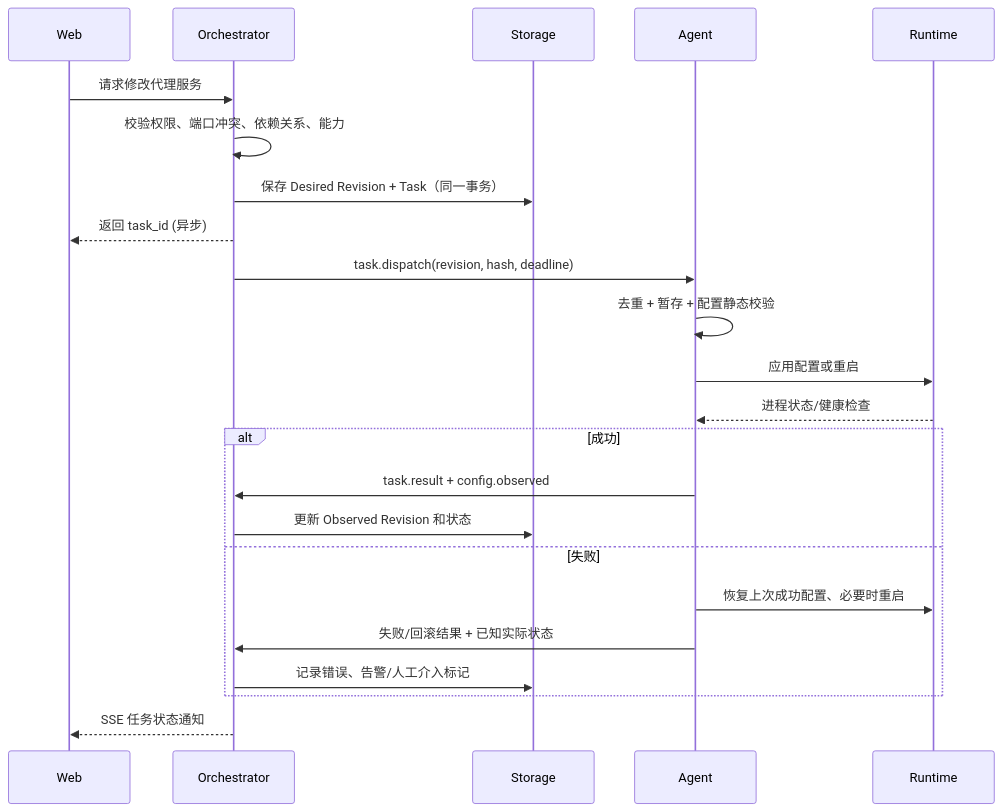
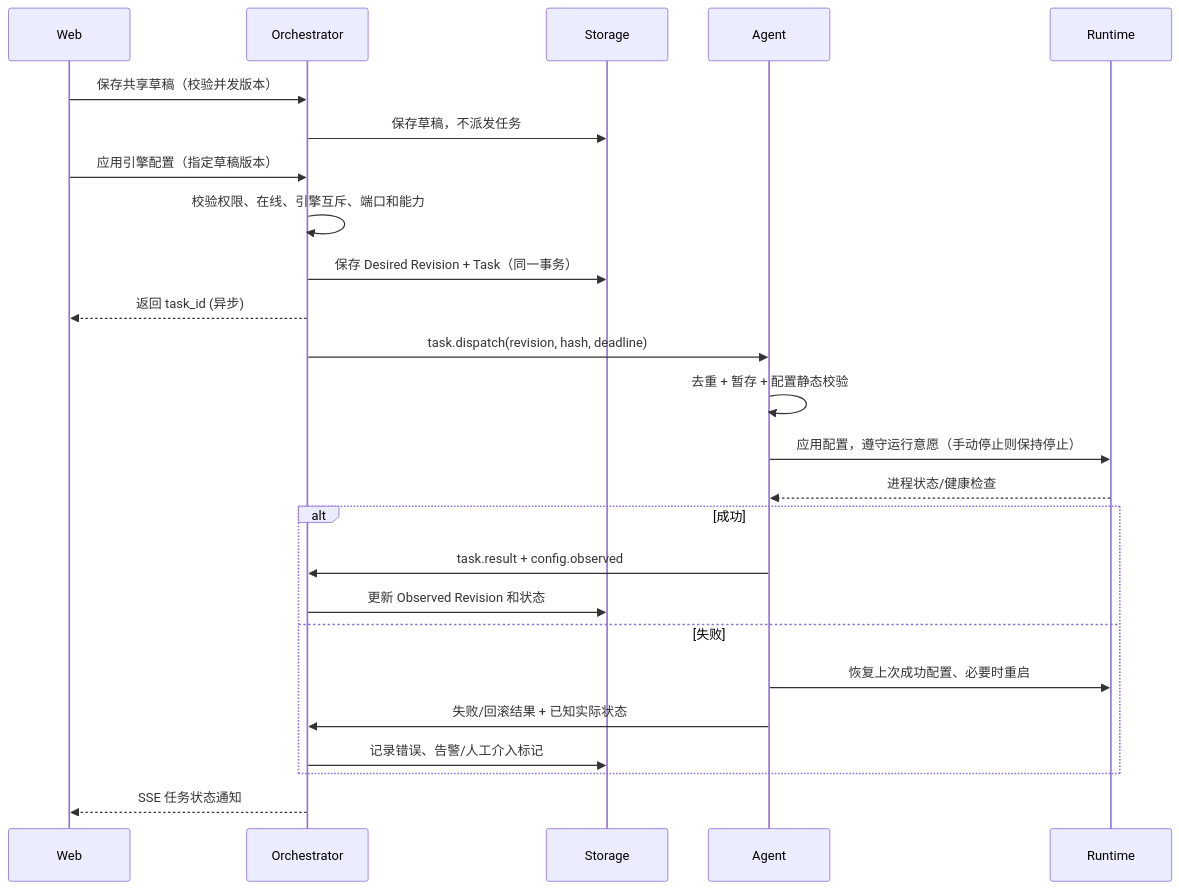
Before and after one commit to vioira/viorka: the third of 3 diagrams in docs/ARCHITECTURE.md, drawn with Mermaid. The commit also changed other lines of this file and 3 other files, not shown here.

````diff
--- a/docs/ARCHITECTURE.md
+++ b/docs/ARCHITECTURE.md
@@ -117,25 +119,27 @@
 ```mermaid
 sequenceDiagram
   participant UI as Web
   participant CP as Orchestrator
   participant DB as Storage
   participant AG as Agent
   participant RT as Runtime
-  UI->>CP: 请求修改代理服务
-  CP->>CP: 校验权限、端口冲突、依赖关系、能力
+  UI->>CP: 保存共享草稿（校验并发版本）
+  CP->>DB: 保存草稿，不派发任务
+  UI->>CP: 应用引擎配置（指定草稿版本）
+  CP->>CP: 校验权限、在线、引擎互斥、端口和能力
   CP->>DB: 保存 Desired Revision + Task（同一事务）
   CP-->>UI: 返回 task_id (异步)
   CP->>AG: task.dispatch(revision, hash, deadline)
   AG->>AG: 去重 + 暂存 + 配置静态校验
-  AG->>RT: 应用配置或重启
+  AG->>RT: 应用配置，遵守运行意愿（手动停止则保持停止）
   RT-->>AG: 进程状态/健康检查
   alt 成功
     AG->>CP: task.result + config.observed
     CP->>DB: 更新 Observed Revision 和状态
   else 失败
     AG->>RT: 恢复上次成功配置、必要时重启
     AG->>CP: 失败/回滚结果 + 已知实际状态
     CP->>DB: 记录错误、告警/人工介入标记
   end
   CP-->>UI: SSE 任务状态通知
 ```
````
